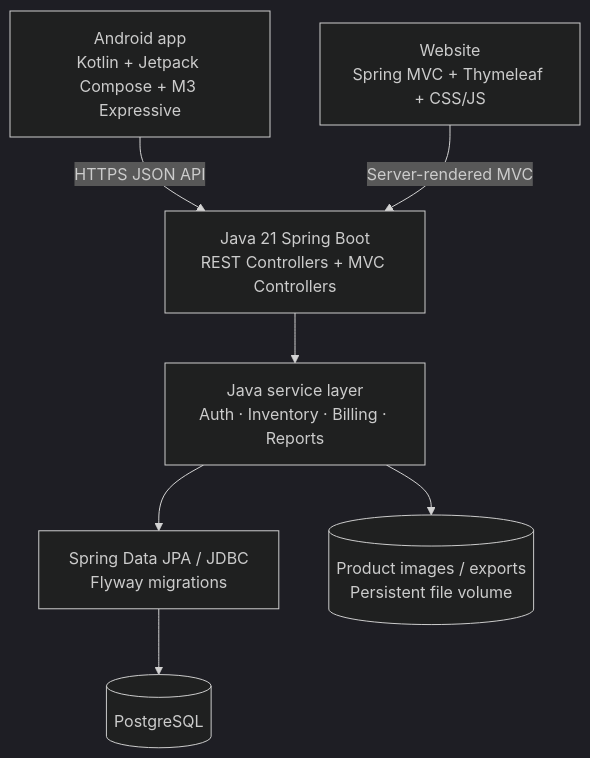
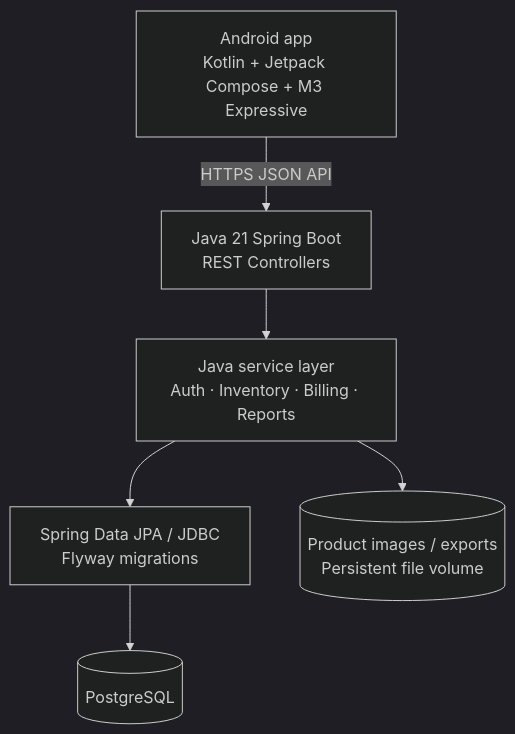
Before and after one commit to tsaty01/smartstock: the diagram in GOAL.md, drawn with Mermaid (dark theme). The commit also changed other lines of this file and 3 other files, not shown here.

````diff
--- a/GOAL.md
+++ b/GOAL.md
@@ -41,17 +41,15 @@
 ```mermaid
 flowchart TD
     A["Android app<br/>Kotlin + Jetpack Compose + M3 Expressive"]
-    W["Website<br/>Spring MVC + Thymeleaf + CSS/JS"]
-    API["Java 21 Spring Boot<br/>REST Controllers + MVC Controllers"]
+    API["Java 21 Spring Boot<br/>REST Controllers"]
     S["Java service layer<br/>Auth · Inventory · Billing · Reports"]
     P["Spring Data JPA / JDBC<br/>Flyway migrations"]
     DB[(PostgreSQL)]
     F[("Product images / exports<br/>Persistent file volume")]
 
     A -->|HTTPS JSON API| API
-    W -->|Server-rendered MVC| API
     API --> S
     S --> P
     P --> DB
     S --> F
 ```
````
